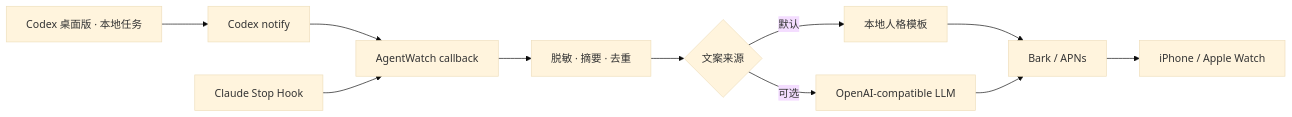
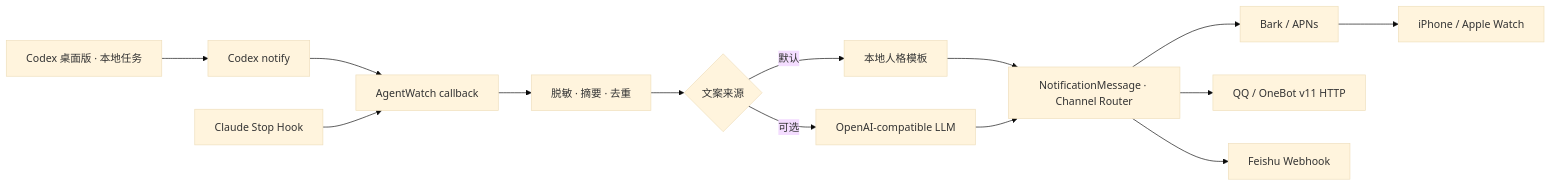
One commit to MMX-boop/agentwatch-hub changed the diagram in README.md. Above: the diagram before and after it, drawn with Mermaid (base theme). The commit also changed other lines of this file and 17 other files, not shown here.

Commit message:
feat: add OneBot and Feishu notification channels

````diff
--- a/README.md
+++ b/README.md
@@ -76,13 +77,16 @@
 ```mermaid
 flowchart LR
     A[Codex 桌面版 · 本地任务] --> C[Codex notify]
     C --> N[AgentWatch callback]
     B[Claude Stop Hook] --> N
     N --> S[脱敏 · 摘要 · 去重]
     S --> P{文案来源}
     P -->|默认| T[本地人格模板]
     P -->|可选| L[OpenAI-compatible LLM]
-    T --> K[Bark / APNs]
-    L --> K
+    T --> R[NotificationMessage · Channel Router]
+    L --> R
+    R --> K[Bark / APNs]
+    R --> Q[QQ / OneBot v11 HTTP]
+    R --> F[Feishu Webhook]
     K --> I[iPhone / Apple Watch]
 ```
````
